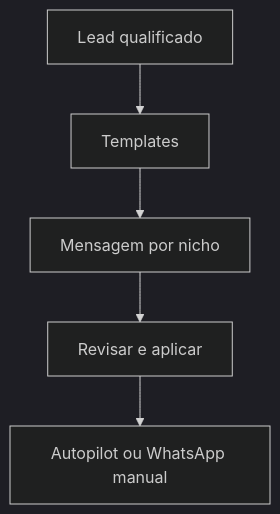
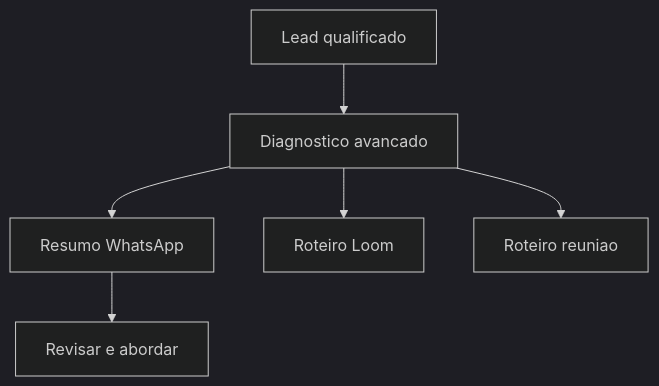
The diagram in docs/MAPA-INTERNO.md (isidio908-rgb/prospect-ai), drawn with Mermaid (dark theme) before and after one commit. The commit also changed other lines of this file, not shown here.

````diff
--- a/docs/MAPA-INTERNO.md
+++ b/docs/MAPA-INTERNO.md
@@ -72,7 +76,8 @@
 ```mermaid
 flowchart TD
-  A[Lead qualificado] --> B[Templates]
-  B --> C[Mensagem por nicho]
-  C --> D[Revisar e aplicar]
-  D --> E[Autopilot ou WhatsApp manual]
+  A[Lead qualificado] --> B[Diagnostico avancado]
+  B --> C[Resumo WhatsApp]
+  B --> D[Roteiro Loom]
+  B --> E[Roteiro reuniao]
+  C --> F[Revisar e abordar]
 ```
````
